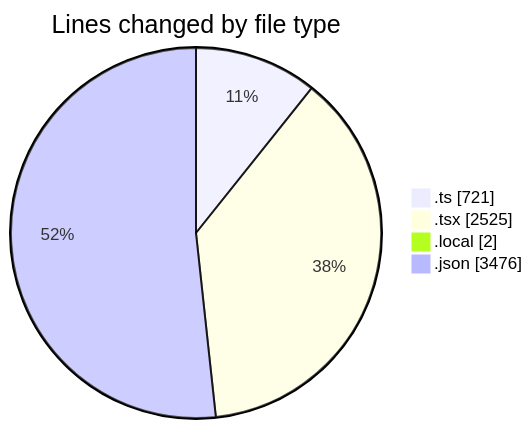
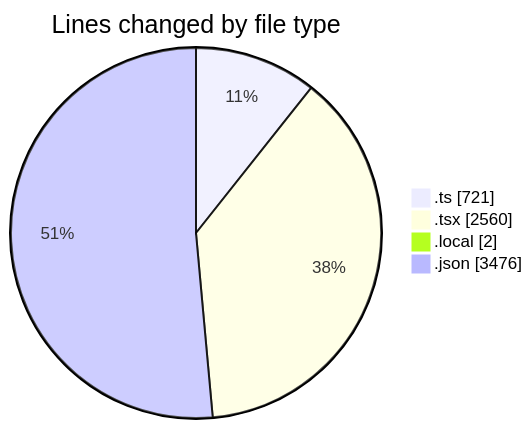
Before and after one commit to julien-gomy/code-tracking: the first of 2 diagrams in 2025-10-28/eventscop-frontend-guide__workspace_/README.md, drawn with Mermaid. The commit also changed other lines of this file and 1 other file, not shown here.

````diff
--- a/2025-10-28/eventscop-frontend-guide__workspace_/README.md
+++ b/2025-10-28/eventscop-frontend-guide__workspace_/README.md
@@ -42,8 +42,8 @@
 ```mermaid
 pie showData
 title Lines changed by file type
 ".ts" : 721
-".tsx" : 2525
+".tsx" : 2560
 ".local" : 2
 ".json" : 3476
 ```
````
